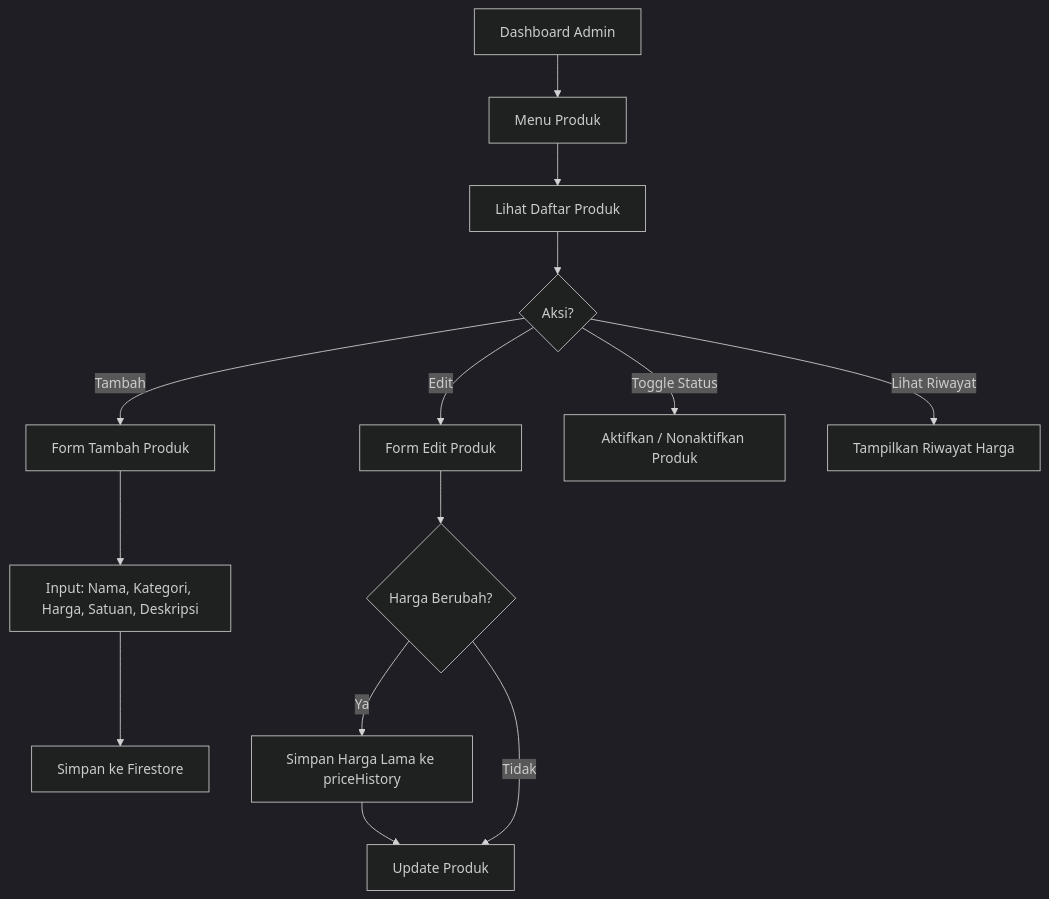
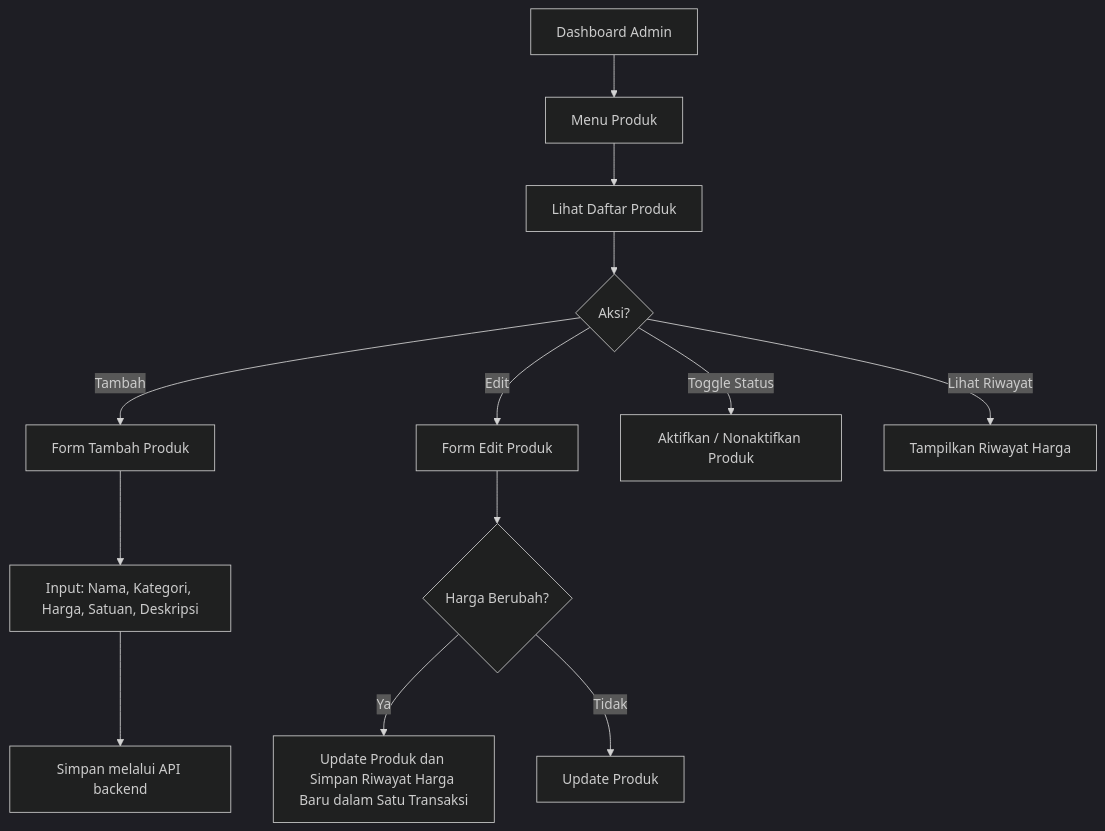
The fourth of 4 diagrams in docs/PRD.md (ryceryce/JoyMilk), drawn with Mermaid (dark theme) before and after one commit. The commit also changed other lines of this file and 57 other files, not shown here.

````diff
--- a/docs/PRD.md
+++ b/docs/PRD.md
@@ -230,16 +228,15 @@
 ```mermaid
 flowchart TD
     A["Dashboard Admin"] --> B["Menu Produk"]
     B --> C["Lihat Daftar Produk"]
     C --> D{"Aksi?"}
     D -- Tambah --> E["Form Tambah Produk"]
     E --> F["Input: Nama, Kategori, Harga, Satuan, Deskripsi"]
-    F --> G["Simpan ke Firestore"]
+    F --> G["Simpan melalui API backend"]
     D -- Edit --> H["Form Edit Produk"]
     H --> I{"Harga Berubah?"}
-    I -- Ya --> J["Simpan Harga Lama ke priceHistory"]
-    J --> K["Update Produk"]
-    I -- Tidak --> K
+    I -- Ya --> J["Update Produk dan Simpan Riwayat Harga Baru dalam Satu Transaksi"]
+    I -- Tidak --> K["Update Produk"]
     D -- Toggle Status --> L["Aktifkan / Nonaktifkan Produk"]
     D -- Lihat Riwayat --> M["Tampilkan Riwayat Harga"]
 ```
````
